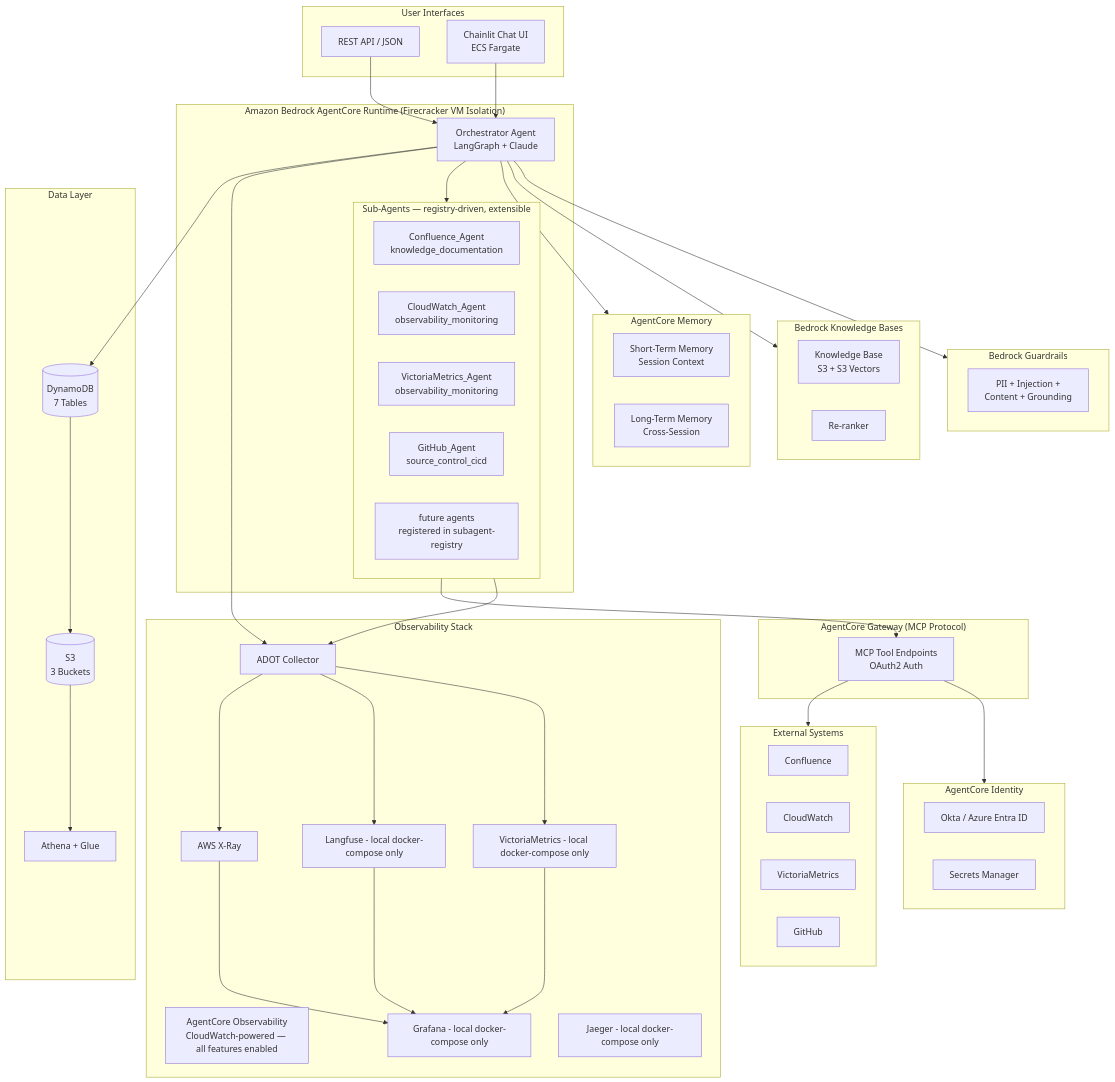
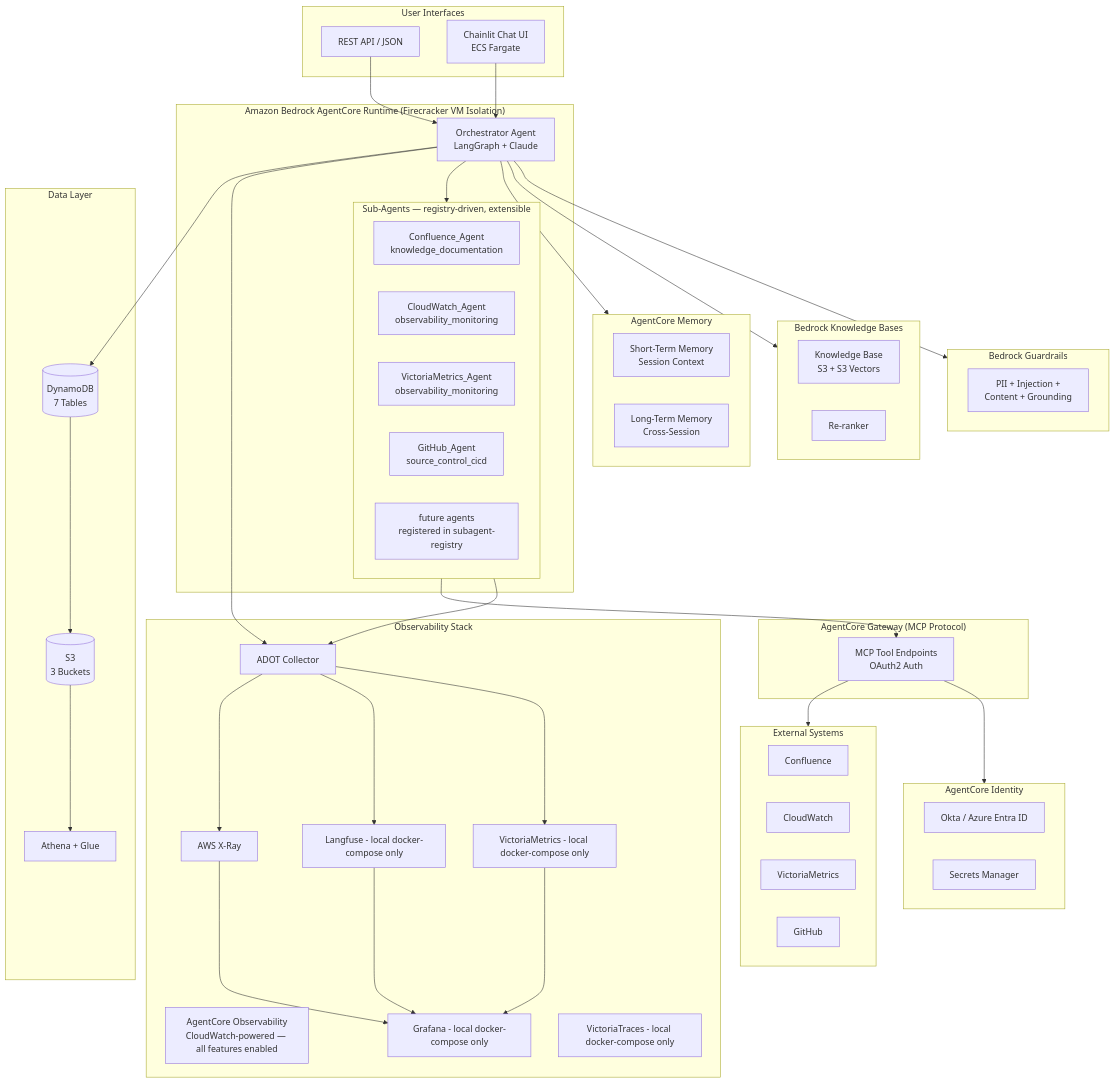
Before and after one commit to IIAXSISII/ace-agent: the first of 4 diagrams in .kiro/specs/ace-agent/architecture.md, drawn with Mermaid. The commit also changed other lines of this file and 53 other files, not shown here.

```diff
--- a/.kiro/specs/ace-agent/architecture.md
+++ b/.kiro/specs/ace-agent/architecture.md
@@ -82,7 +82,7 @@
         LF[Langfuse - local docker-compose only]
         VMOBS[VictoriaMetrics - local docker-compose only]
         GRAF[Grafana - local docker-compose only]
-        JAEGER[Jaeger - local docker-compose only]
+        VT[VictoriaTraces - local docker-compose only]
     end
 
     subgraph Identity["AgentCore Identity"]
```
